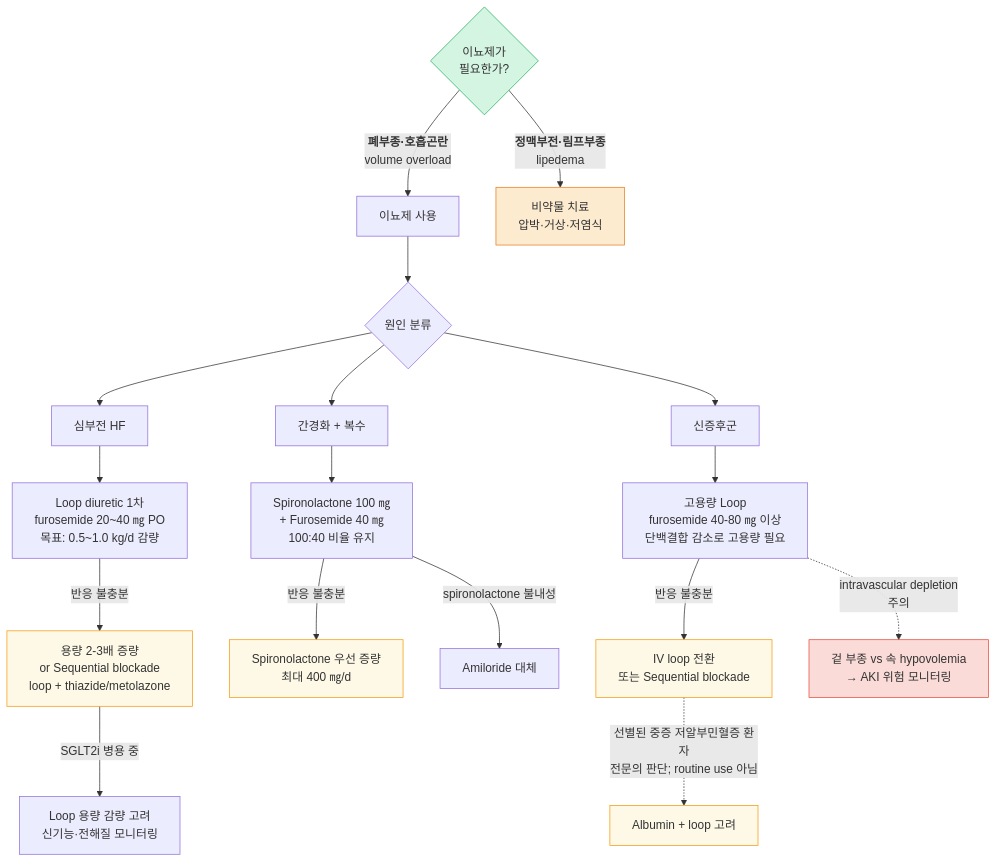
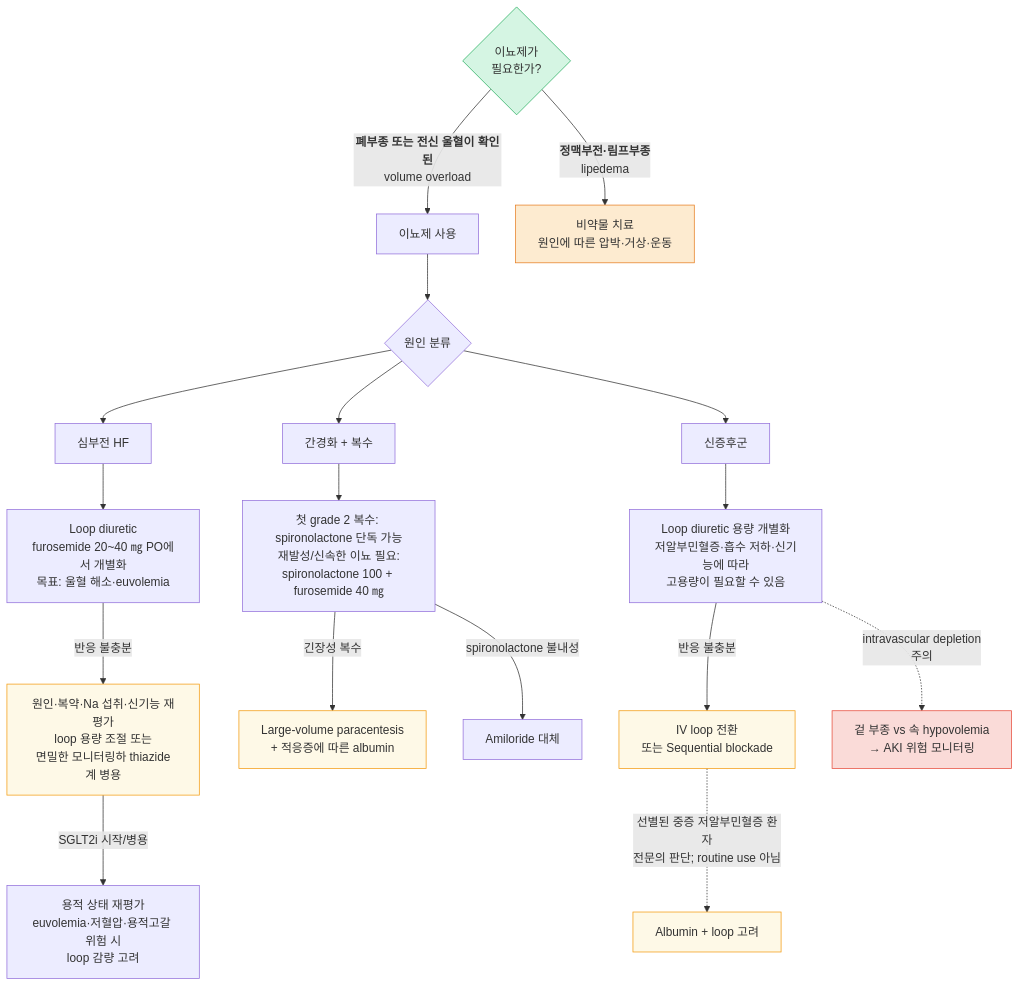
One commit to familyoh77/familyoh77 changed the fourth of 4 diagrams in 220_/012_-edema.md. Above: the diagram before and after it, drawn with Mermaid. The commit also changed other lines of this file, not shown here.

````diff
--- a/220_/012_-edema.md
+++ b/220_/012_-edema.md
@@ -296,32 +301,32 @@
 ```mermaid
 graph TD
     A{"이뇨제가<br/>필요한가?"}
-    A -- "<b>폐부종·호흡곤란</b><br/>volume overload" --> B["이뇨제 사용"]
-    A -- "<b>정맥부전·림프부종</b><br/>lipedema" --> Z["비약물 치료<br/>압박·거상·저염식"]
+    A -- "<b>폐부종 또는 전신 울혈이 확인된</b><br/>volume overload" --> B["이뇨제 사용"]
+    A -- "<b>정맥부전·림프부종</b><br/>lipedema" --> Z["비약물 치료<br/>원인에 따른 압박·거상·운동"]
 
     B --> C{"원인 분류"}
     C --> HF["심부전 HF"]
     C --> CI["간경화 + 복수"]
     C --> NS["신증후군"]
 
-    HF --> HF1["Loop diuretic 1차<br/>furosemide 20~40 ㎎ PO<br/>목표: 0.5~1.0 kg/d 감량"]
-    HF1 -- "반응 불충분" --> HF2["용량 2-3배 증량<br/>or Sequential blockade<br/>loop + thiazide/metolazone"]
-    HF2 -- "SGLT2i 병용 중" --> HF3["Loop 용량 감량 고려<br/>신기능·전해질 모니터링"]
+    HF --> HF1["Loop diuretic<br/>furosemide 20~40 ㎎ PO에서 개별화<br/>목표: 울혈 해소·euvolemia"]
+    HF1 -- "반응 불충분" --> HF2["원인·복약·Na 섭취·신기능 재평가<br/>loop 용량 조절 또는<br/>면밀한 모니터링하 thiazide계 병용"]
+    HF2 -- "SGLT2i 시작/병용" --> HF3["용적 상태 재평가<br/>euvolemia·저혈압·용적고갈 위험 시<br/>loop 감량 고려"]
 
-    CI --> CI1["Spironolactone 100 ㎎<br/>+ Furosemide 40 ㎎<br/>100:40 비율 유지"]
-    CI1 -- "반응 불충분" --> CI2["Spironolactone 우선 증량<br/>최대 400 ㎎/d"]
+    CI --> CI1["첫 grade 2 복수: spironolactone 단독 가능<br/>재발성/신속한 이뇨 필요:<br/>spironolactone 100 + furosemide 40 ㎎"]
+    CI1 -- "긴장성 복수" --> CI2["Large-volume paracentesis<br/>+ 적응증에 따른 albumin"]
     CI1 -- "spironolactone 불내성" --> CI3["Amiloride 대체"]
 
-    NS --> NS1["고용량 Loop<br/>furosemide 40-80 ㎎ 이상<br/>단백결합 감소로 고용량 필요"]
+    NS --> NS1["Loop diuretic 용량 개별화<br/>저알부민혈증·흡수 저하·신기능에 따라<br/>고용량이 필요할 수 있음"]
     NS1 -- "반응 불충분" --> NS2["IV loop 전환<br/>또는 Sequential blockade"]
     NS2 -. "선별된 중증 저알부민혈증 환자<br/>전문의 판단; routine use 아님" .-> NS3["Albumin + loop 고려"]
     NS1 -. "intravascular depletion <br/>주의" .-> NS_w["겉 부종 vs 속 hypovolemia<br/>→ AKI 위험 모니터링"]
 
     style A fill:#d5f5e3,stroke:#27ae60
     style Z fill:#fdebd0,stroke:#e67e22
     style HF2 fill:#fef9e7,stroke:#f39c12
     style CI2 fill:#fef9e7,stroke:#f39c12
     style NS2 fill:#fef9e7,stroke:#f39c12
     style NS3 fill:#fef9e7,stroke:#f39c12
     style NS_w fill:#fadbd8,stroke:#e74c3c
 ```
````
